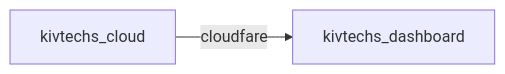
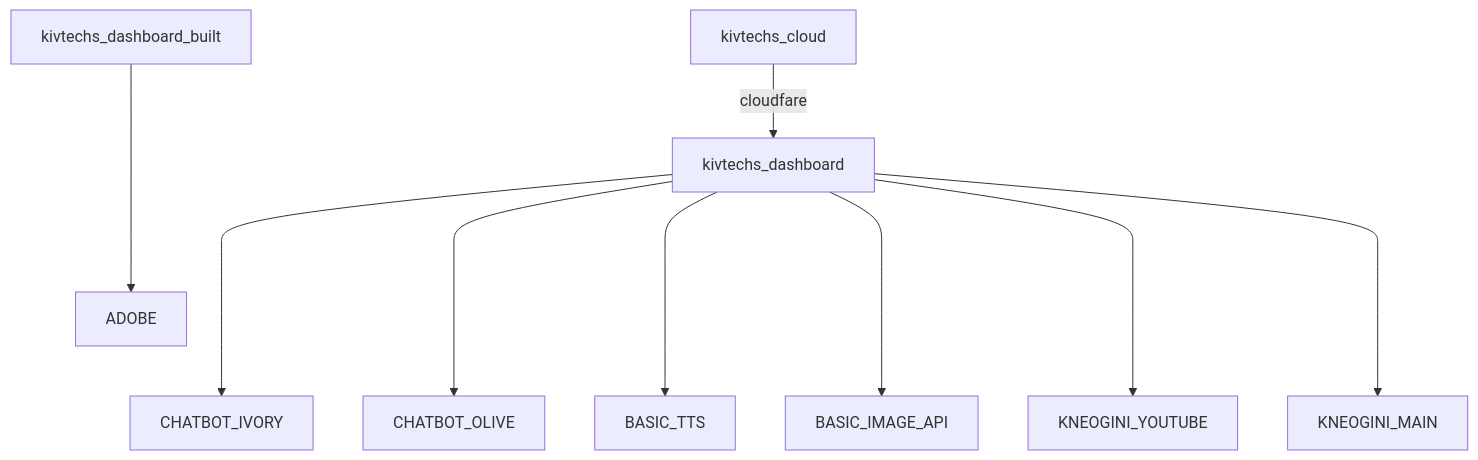
Before and after one commit to kivtechs-uml/kivtechs-uml: the diagram in README.md, drawn with Mermaid.

````diff
--- a/README.md
+++ b/README.md
@@ -5,4 +5,12 @@
 ```mermaid
-graph LR
+graph
     kivtechs_cloud -- cloudfare --> kivtechs_dashboard
+    kivtechs_dashboard ----> CHATBOT_IVORY
+    kivtechs_dashboard ----> CHATBOT_OLIVE
+     kivtechs_dashboard ----> BASIC_TTS
+     kivtechs_dashboard ----> BASIC_IMAGE_API
+     kivtechs_dashboard ----> KNEOGINI_YOUTUBE
+     kivtechs_dashboard ----> KNEOGINI_MAIN
+     kivtechs_dashboard_built ----> ADOBE
+
 ```
````
